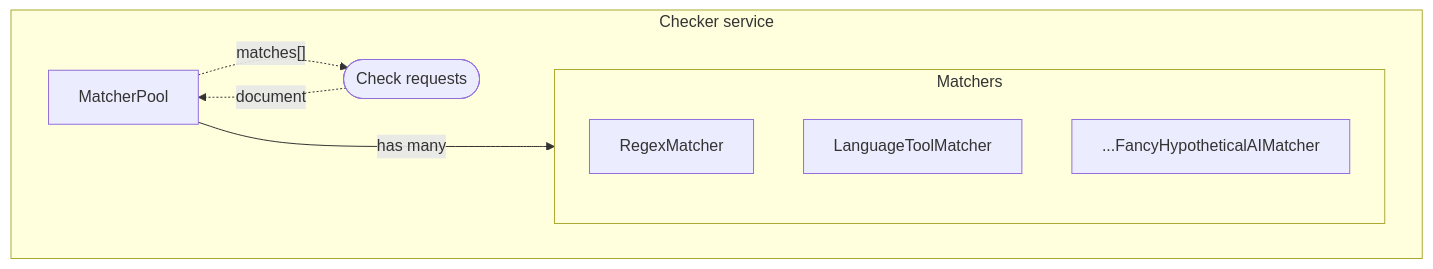
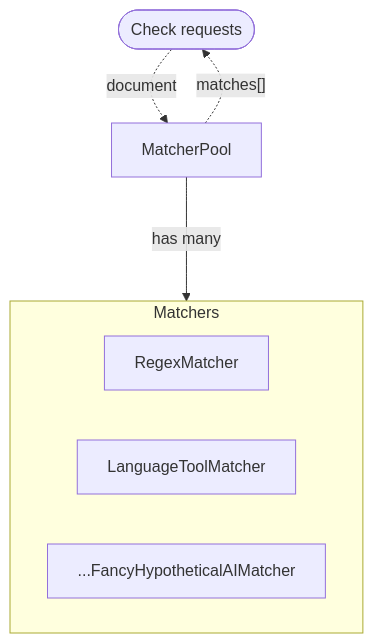
Before and after one commit to guardian/typerighter: the second of 2 diagrams in README.md, drawn with Mermaid.

Commit message:
Get rid of subgraph

````diff
--- a/README.md
+++ b/README.md
@@ -67,13 +67,12 @@
 ```mermaid
 flowchart TD
-  subgraph C[Checker service]
-    MP-."matches[]".->CH
-    CH(["Check requests"])-.document.->MP
-    MP[MatcherPool]--has many--->MS
-    subgraph MS[Matchers]
-      R[RegexMatcher]
-      L[LanguageToolMatcher]
-      F[...FancyHypotheticalAIMatcher]
-    end
-  end
+   CH(["Check requests"])
+   MP-."matches[]".->CH
+   MP[MatcherPool]--has many--->MS
+   CH-.document.->MP
+   subgraph MS[Matchers]
+    R[RegexMatcher]
+    L[LanguageToolMatcher]
+    F[...FancyHypotheticalAIMatcher]
+   end
 ```
````
